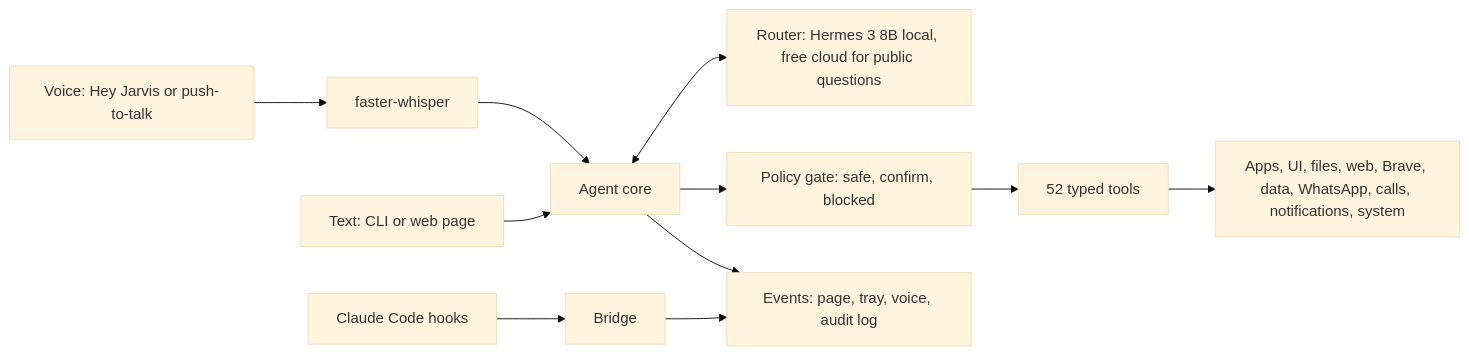
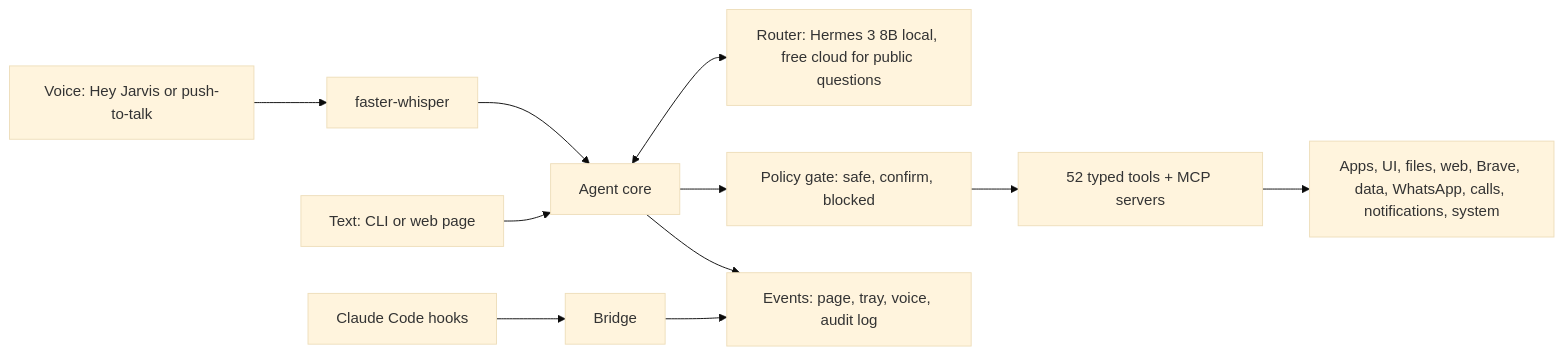
The diagram in README.md (PreeyasTumulu/JARVIS), drawn with Mermaid (base theme) before and after one commit. The commit also changed other lines of this file and 7 other files, not shown here.

Commit message:
docs: Phase 12 (MCP servers, GitHub first) - ADR-059 and 060, risks, setup 5l, troubleshooting, benchmark

````diff
--- a/README.md
+++ b/README.md
@@ -50,12 +51,12 @@
 ```mermaid
 flowchart LR
   V[Voice: Hey Jarvis or push-to-talk] --> STT[faster-whisper]
   STT --> A[Agent core]
   T[Text: CLI or web page] --> A
   A <--> M[Router: Hermes 3 8B local, free cloud for public questions]
   A --> P[Policy gate: safe, confirm, blocked]
-  P --> R[52 typed tools]
+  P --> R[52 typed tools + MCP servers]
   R --> W[Apps, UI, files, web, Brave, data, WhatsApp, calls, notifications, system]
   A --> E[Events: page, tray, voice, audit log]
   C[Claude Code hooks] --> B[Bridge] --> E
 ```
````
